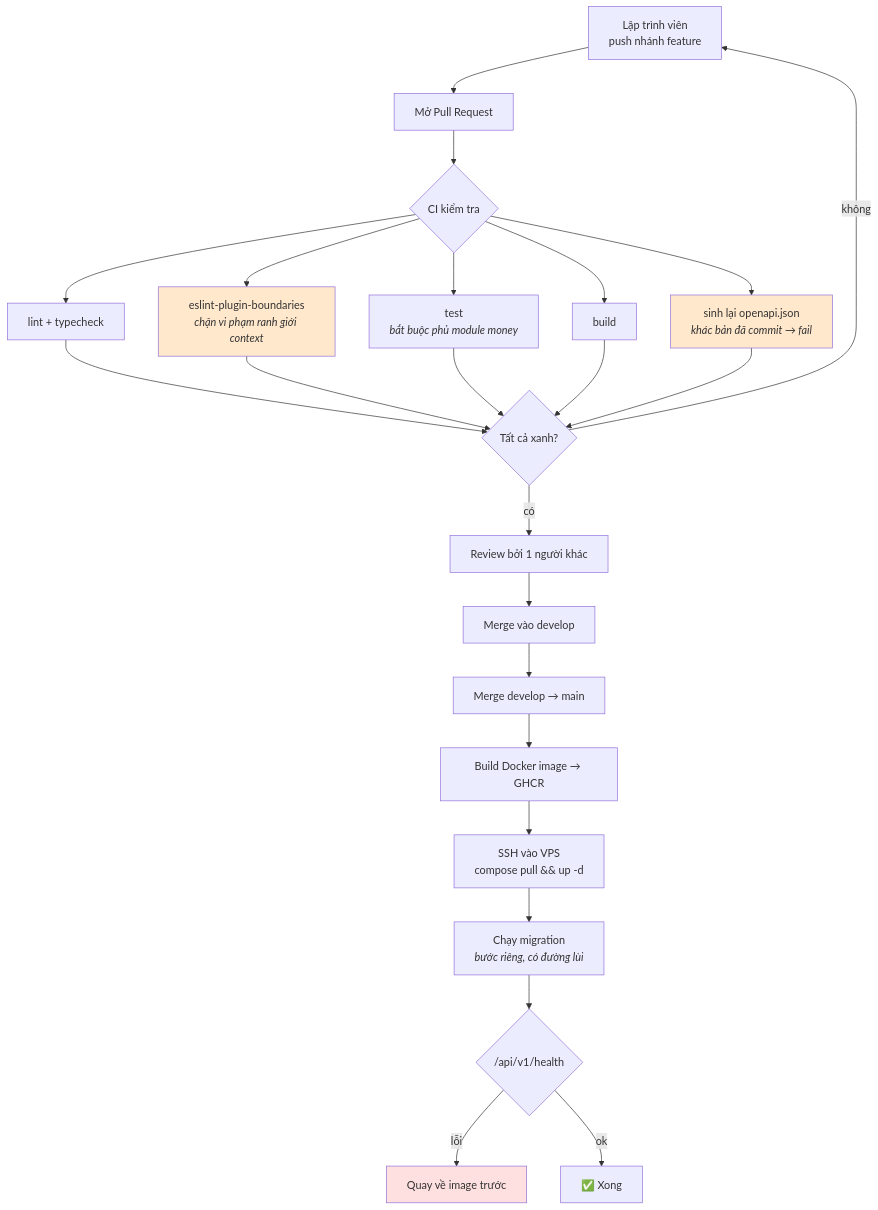
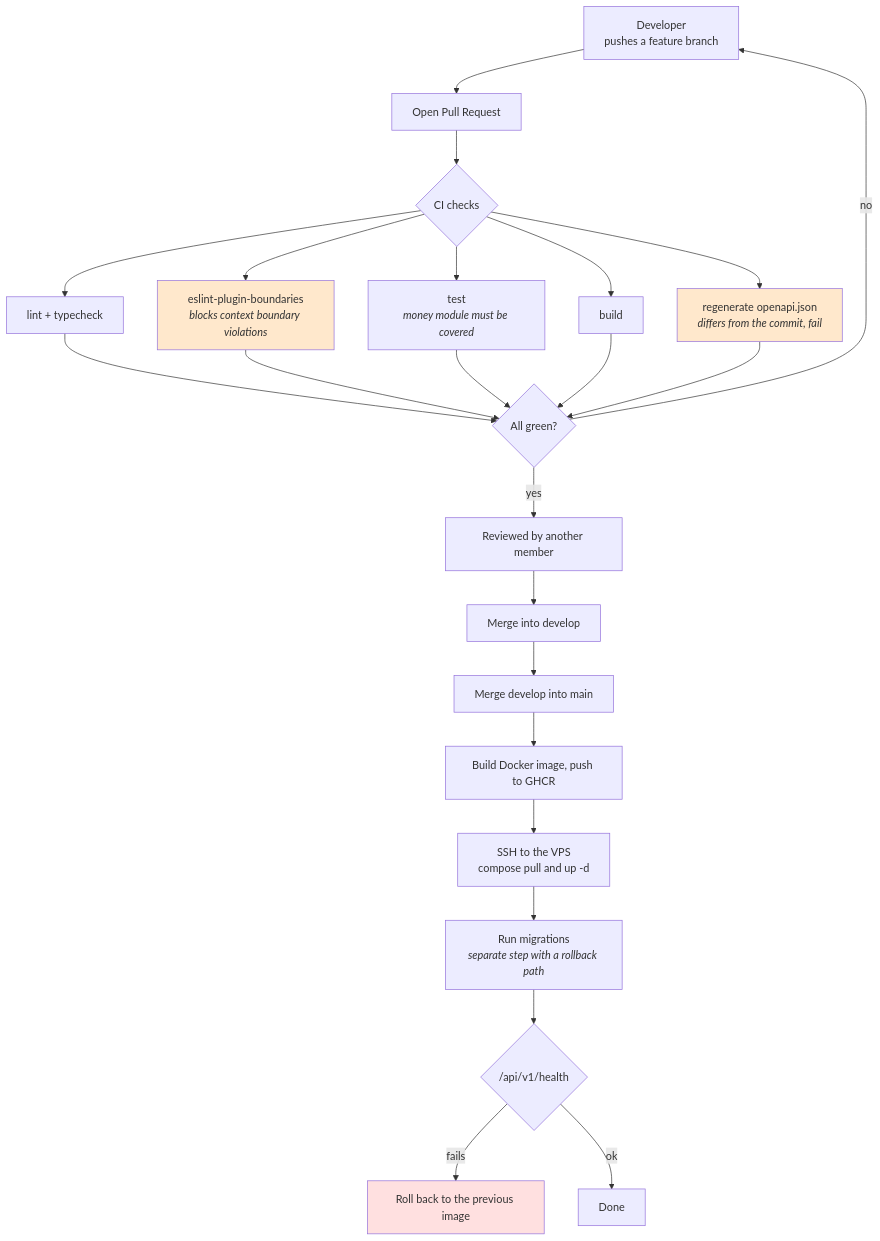
Diagram 18 of 18 in docs/system-design/2026-08-06-zoldify-diagrams.md (tdat-dev/Zoldify_Backend), drawn with Mermaid before and after one commit. The commit also changed other lines of this file, not shown here.

````diff
--- a/docs/system-design/2026-08-06-zoldify-diagrams.md
+++ b/docs/system-design/2026-08-06-zoldify-diagrams.md
@@ -807,29 +821,29 @@
 ```mermaid
 flowchart TB
-    dev["Lập trình viên<br/>push nhánh feature"] --> pr["Mở Pull Request"]
+    dev["Developer<br/>pushes a feature branch"] --> pr["Open Pull Request"]
 
-    pr --> ci{"CI kiểm tra"}
+    pr --> ci{"CI checks"}
 
     ci --> c1["lint + typecheck"]
-    ci --> c2["eslint-plugin-boundaries<br/><i>chặn vi phạm ranh giới context</i>"]
-    ci --> c3["test<br/><i>bắt buộc phủ module money</i>"]
+    ci --> c2["eslint-plugin-boundaries<br/><i>blocks context boundary violations</i>"]
+    ci --> c3["test<br/><i>money module must be covered</i>"]
     ci --> c4["build"]
-    ci --> c5["sinh lại openapi.json<br/><i>khác bản đã commit → fail</i>"]
+    ci --> c5["regenerate openapi.json<br/><i>differs from the commit, fail</i>"]
 
-    c1 & c2 & c3 & c4 & c5 --> pass{"Tất cả xanh?"}
-    pass -->|không| dev
-    pass -->|có| review["Review bởi 1 người khác"]
-    review --> merge["Merge vào develop"]
+    c1 & c2 & c3 & c4 & c5 --> pass{"All green?"}
+    pass -->|no| dev
+    pass -->|yes| review["Reviewed by another member"]
+    review --> merge["Merge into develop"]
 
-    merge --> main["Merge develop → main"]
-    main --> build["Build Docker image → GHCR"]
-    build --> deploy["SSH vào VPS<br/>compose pull && up -d"]
-    deploy --> migrate["Chạy migration<br/><i>bước riêng, có đường lùi</i>"]
+    merge --> main["Merge develop into main"]
+    main --> build["Build Docker image, push to GHCR"]
+    build --> deploy["SSH to the VPS<br/>compose pull and up -d"]
+    deploy --> migrate["Run migrations<br/><i>separate step with a rollback path</i>"]
     migrate --> health{"/api/v1/health"}
-    health -->|lỗi| rollback["Quay về image trước"]
-    health -->|ok| done["✅ Xong"]
+    health -->|fails| rollback["Roll back to the previous image"]
+    health -->|ok| done["Done"]
 
     style c2 fill:#ffe8cc
     style c5 fill:#ffe8cc
     style rollback fill:#ffe0e0
 ```
````
